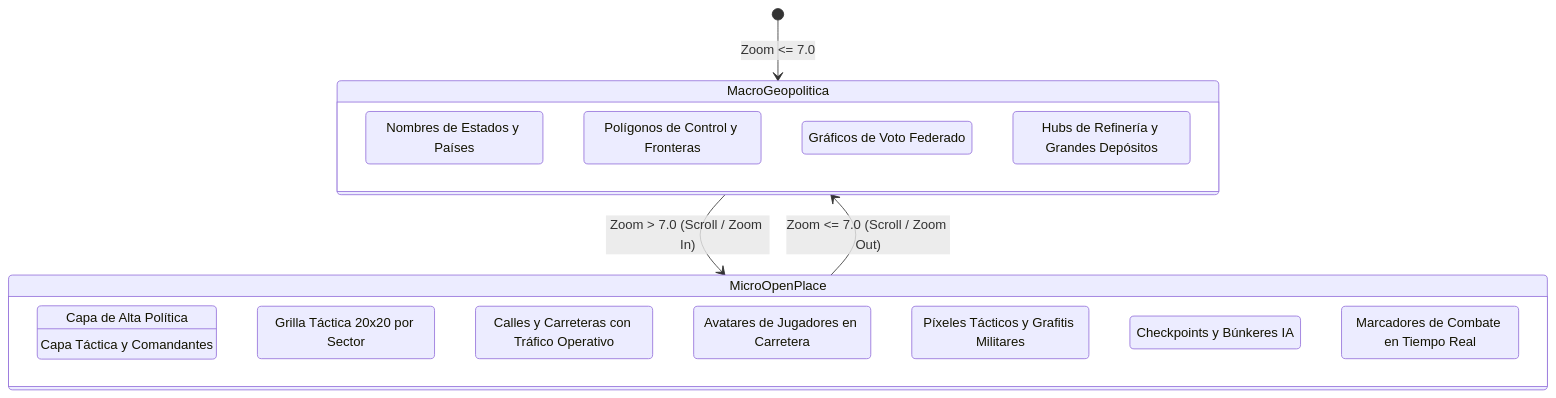
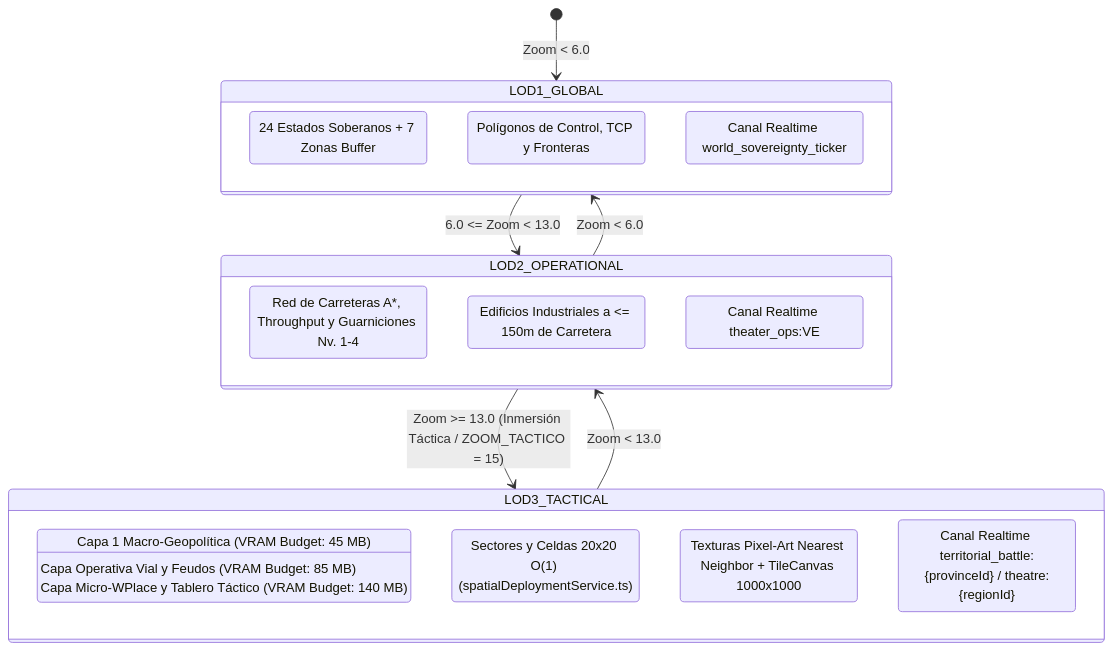
The fourth of 8 diagrams in docs/ANALISIS_PROJECT_ALICE_RUTAS_INGENIERIA_MAPA_METAPOLITICA.md (davikisea/GEOTACTICS-ONLINE), drawn with Mermaid before and after one commit. The commit also changed other lines of this file and 352 other files, not shown here.

Commit message:
feat(architecture): migración modular a 4 dominios (@domains/*), consolidación de base de datos y sincronización de suites deterministas

````diff
--- a/docs/ANALISIS_PROJECT_ALICE_RUTAS_INGENIERIA_MAPA_METAPOLITICA.md
+++ b/docs/ANALISIS_PROJECT_ALICE_RUTAS_INGENIERIA_MAPA_METAPOLITICA.md
@@ -185,24 +219,29 @@
 ```mermaid
 stateDiagram-v2
-    [*] --> MacroGeopolitica: Zoom <= 7.0
-    MacroGeopolitica --> MicroOpenPlace: Zoom > 7.0 (Scroll / Zoom In)
-    MicroOpenPlace --> MacroGeopolitica: Zoom <= 7.0 (Scroll / Zoom Out)
+    [*] --> LOD1_GLOBAL: Zoom < 6.0
+    LOD1_GLOBAL --> LOD2_OPERATIONAL: 6.0 <= Zoom < 13.0
+    LOD2_OPERATIONAL --> LOD1_GLOBAL: Zoom < 6.0
+    LOD2_OPERATIONAL --> LOD3_TACTICAL: Zoom >= 13.0 (Inmersión Táctica / ZOOM_TACTICO = 15)
+    LOD3_TACTICAL --> LOD2_OPERATIONAL: Zoom < 13.0
 
-    state MacroGeopolitica {
-        description: Capa de Alta Política
-        Estados: Nombres de Estados y Países
-        Soberania: Polígonos de Control y Fronteras
-        BalanceParlamento: Gráficos de Voto Federado
-        RecursosEstrategicos: Hubs de Refinería y Grandes Depósitos
+    state LOD1_GLOBAL {
+        description: Capa 1 Macro-Geopolítica (VRAM Budget: 45 MB)
+        Estados: 24 Estados Soberanos + 7 Zonas Buffer
+        Soberania: Polígonos de Control, TCP y Fronteras
+        CanalLOD1: Canal Realtime world_sovereignty_ticker
     }
 
-    state MicroOpenPlace {
-        description: Capa Táctica y Comandantes
-        Cuadricula: Grilla Táctica 20x20 por Sector
-        Vias: Calles y Carreteras con Tráfico Operativo
-        Comandantes: Avatares de Jugadores en Carretera
-        MarcasClan: Píxeles Tácticos y Grafitis Militares
-        Guarniciones: Checkpoints y Búnkeres IA
-        Refriegas: Marcadores de Combate en Tiempo Real
+    state LOD2_OPERATIONAL {
+        description: Capa Operativa Vial y Feudos (VRAM Budget: 85 MB)
+        Vias: Red de Carreteras A*, Throughput y Guarniciones Nv. 1-4
+        Feudos: Edificios Industriales a <= 150m de Carretera
+        CanalLOD2: Canal Realtime theater_ops:VE
+    }
+
+    state LOD3_TACTICAL {
+        description: Capa Micro-WPlace y Tablero Táctico (VRAM Budget: 140 MB)
+        Cuadricula: Sectores y Celdas 20x20 O(1) (spatialDeploymentService.ts)
+        Sampling: Texturas Pixel-Art Nearest Neighbor + TileCanvas 1000x1000
+        CanalLOD3: Canal Realtime territorial_battle:{provinceId} / theatre:{regionId}
     }
 ```
````
